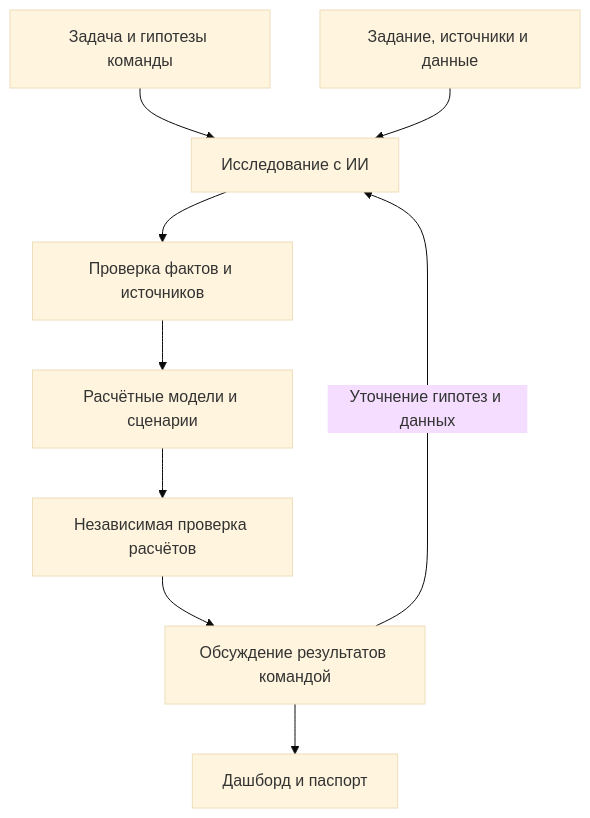
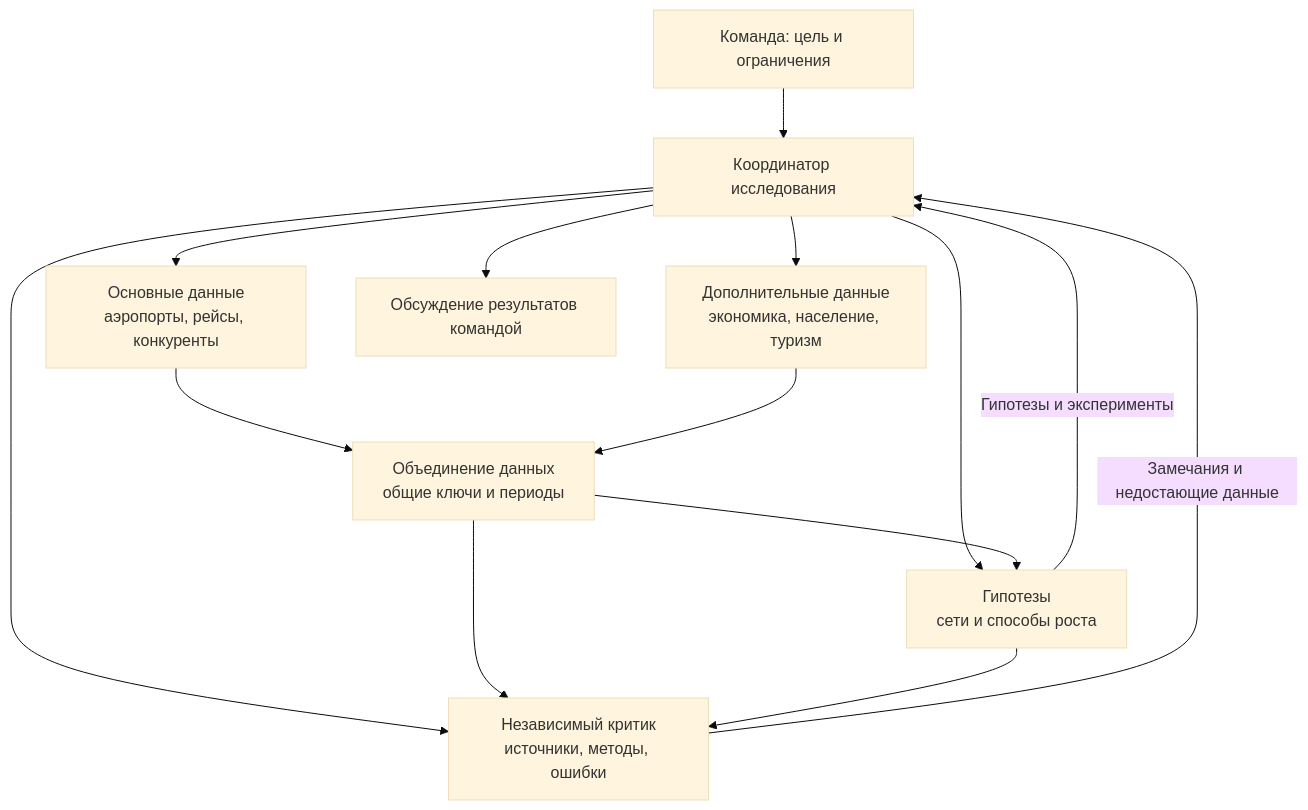
The first of 3 diagrams in context/30_ai_work_history_20261110/README.md (Mput13/case_championship), drawn with Mermaid (base theme) before and after one commit. The commit also changed other lines of this file, not shown here.

````diff
--- a/context/30_ai_work_history_20261110/README.md
+++ b/context/30_ai_work_history_20261110/README.md
@@ -17,11 +20,16 @@
 ```mermaid
 flowchart TD
-    Q["Задача и гипотезы команды"] --> R["Исследование с ИИ"]
-    S["Задание, источники и данные"] --> R
-    R --> F["Проверка фактов и источников"]
-    F --> M["Расчётные модели и сценарии"]
-    M --> V["Независимая проверка расчётов"]
-    V --> D["Обсуждение результатов командой"]
-    D --> O["Дашборд и паспорт"]
-    D -->|"Уточнение гипотез и данных"| R
+    T["Команда: цель и ограничения"] --> C["Координатор исследования"]
+    C --> A["Основные данные<br/>аэропорты, рейсы, конкуренты"]
+    C --> B["Дополнительные данные<br/>экономика, население, туризм"]
+    C --> H["Гипотезы<br/>сети и способы роста"]
+    C --> K["Независимый критик<br/>источники, методы, ошибки"]
+    A --> I["Объединение данных<br/>общие ключи и периоды"]
+    B --> I
+    I --> H
+    I --> K
+    H --> K
+    K -->|"Замечания и недостающие данные"| C
+    H -->|"Гипотезы и эксперименты"| C
+    C --> D["Обсуждение результатов командой"]
 ```
````
